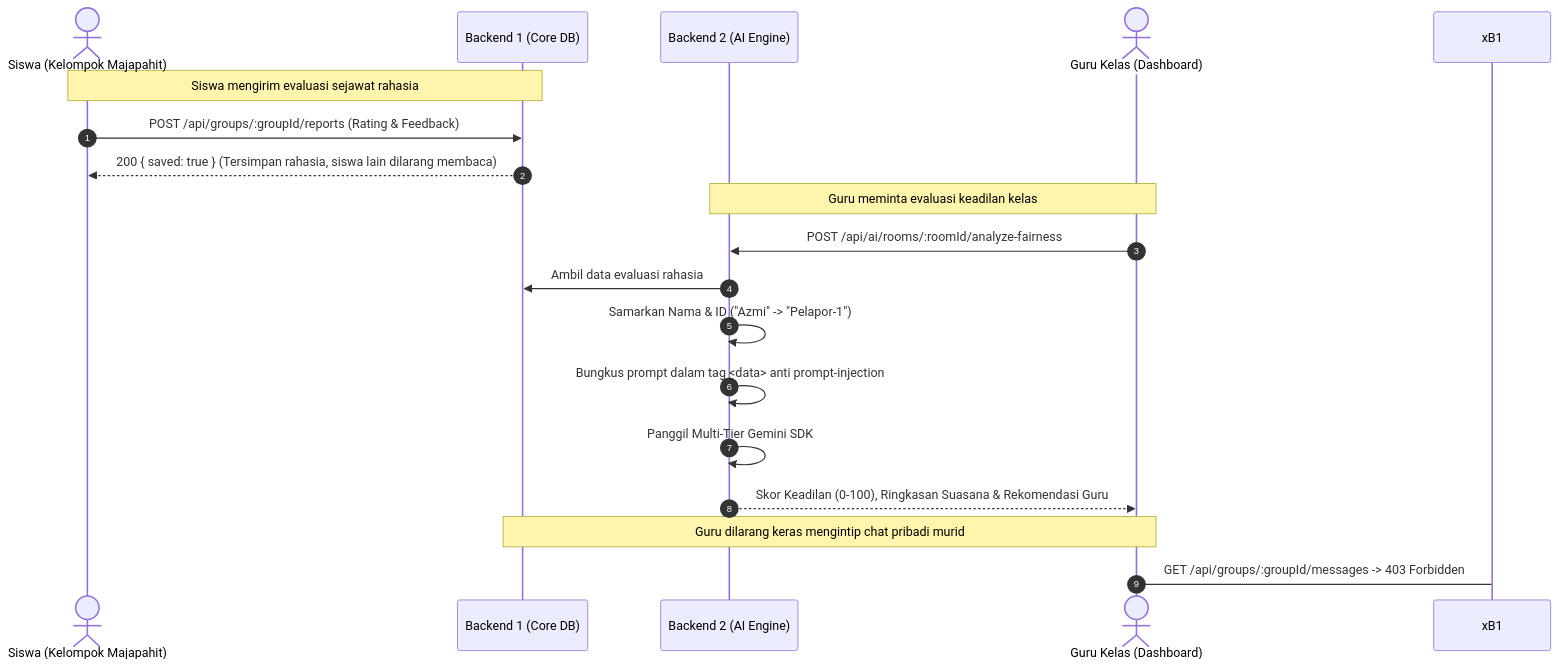
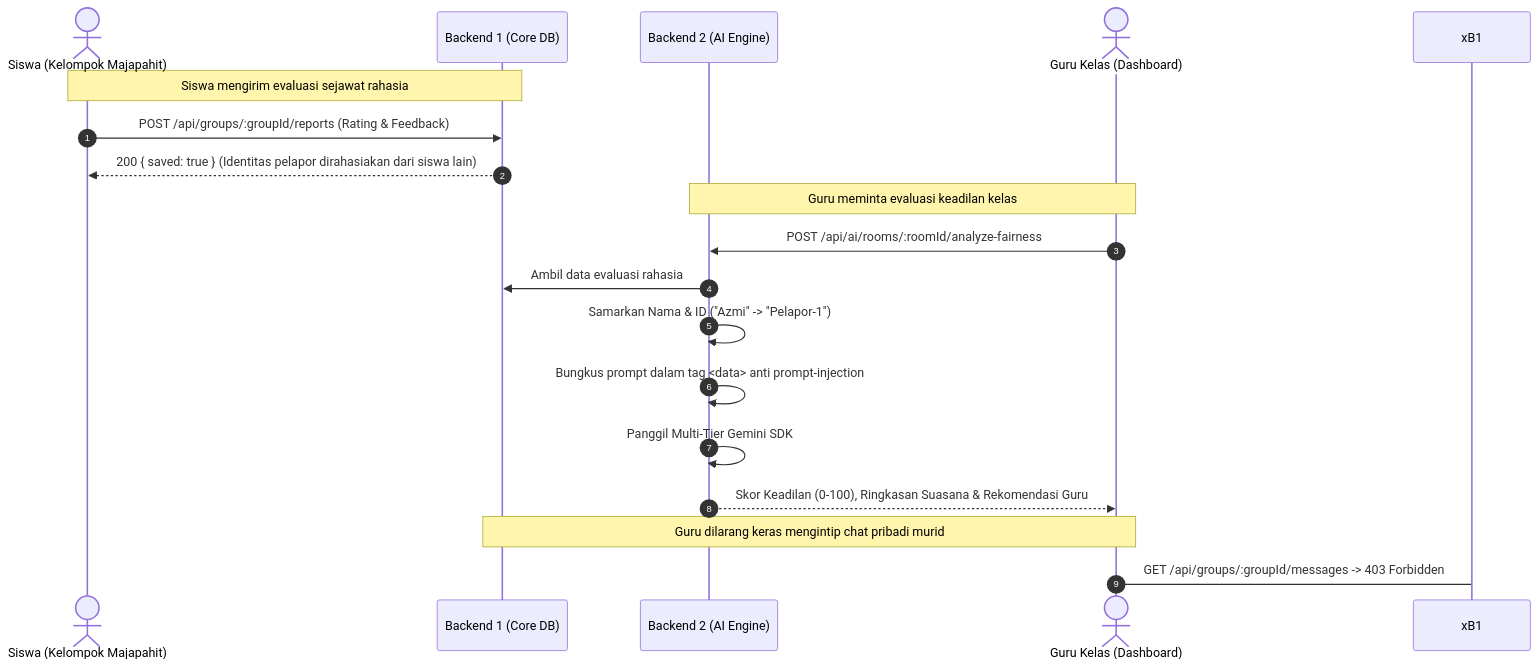
One commit to HAYKALAB/kelompok-adil changed the second of 2 diagrams in README.md. Above: the diagram before and after it, drawn with Mermaid. The commit also changed other lines of this file, not shown here.

````diff
--- a/README.md
+++ b/README.md
@@ -133,23 +169,23 @@
 ```mermaid
 sequenceDiagram
     autonumber
     actor Siswa as Siswa (Kelompok Majapahit)
     participant B1 as Backend 1 (Core DB)
     participant B2 as Backend 2 (AI Engine)
     actor Guru as Guru Kelas (Dashboard)
 
     Note over Siswa,B1: Siswa mengirim evaluasi sejawat rahasia
     Siswa->>B1: POST /api/groups/:groupId/reports (Rating & Feedback)
-    B1-->>Siswa: 200 { saved: true } (Tersimpan rahasia, siswa lain dilarang membaca)
+    B1-->>Siswa: 200 { saved: true } (Identitas pelapor dirahasiakan dari siswa lain)
 
     Note over Guru,B2: Guru meminta evaluasi keadilan kelas
     Guru->>B2: POST /api/ai/rooms/:roomId/analyze-fairness
     B2->>B1: Ambil data evaluasi rahasia
     B2->>B2: Samarkan Nama & ID ("Azmi" -> "Pelapor-1")
     B2->>B2: Bungkus prompt dalam tag <data> anti prompt-injection
     B2->>B2: Panggil Multi-Tier Gemini SDK
     B2-->>Guru: Skor Keadilan (0-100), Ringkasan Suasana & Rekomendasi Guru
 
     Note over Guru,B1: Guru dilarang keras mengintip chat pribadi murid
     Guru->xB1: GET /api/groups/:groupId/messages -> 403 Forbidden
 ```
````
